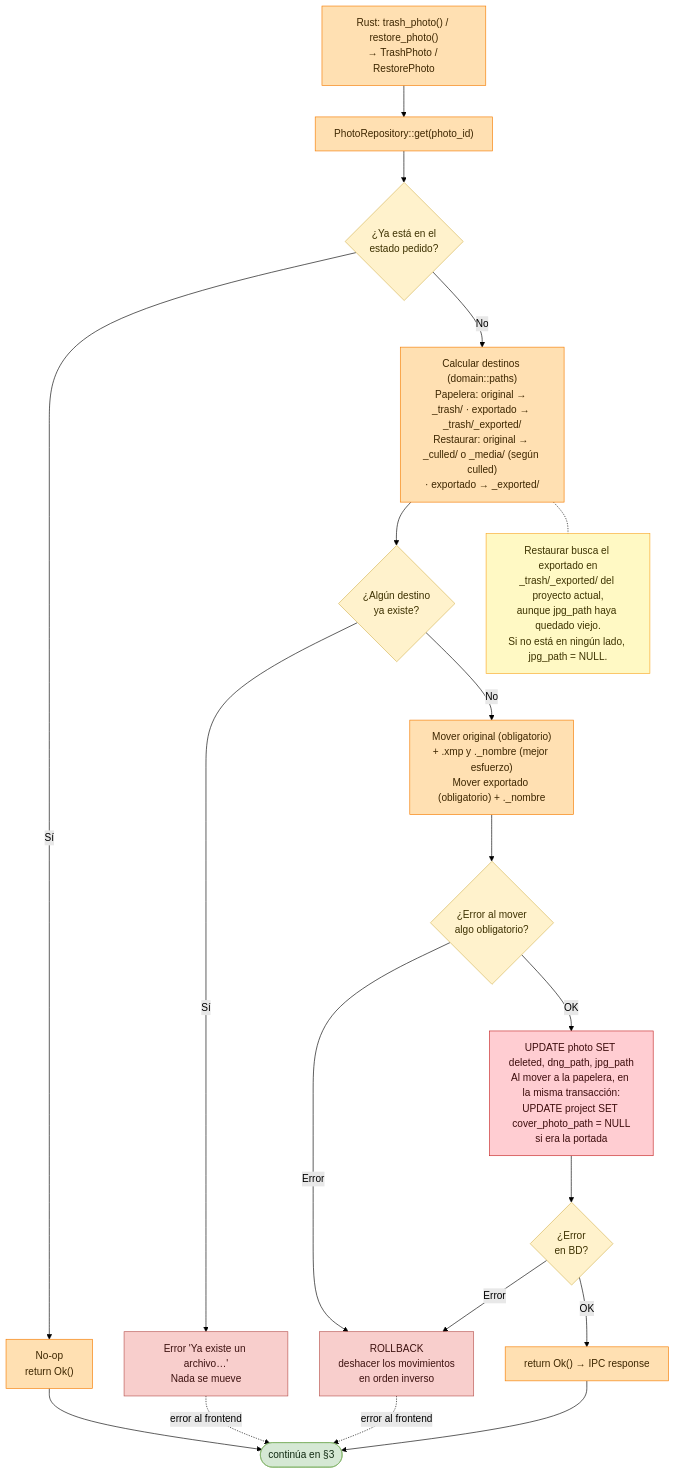
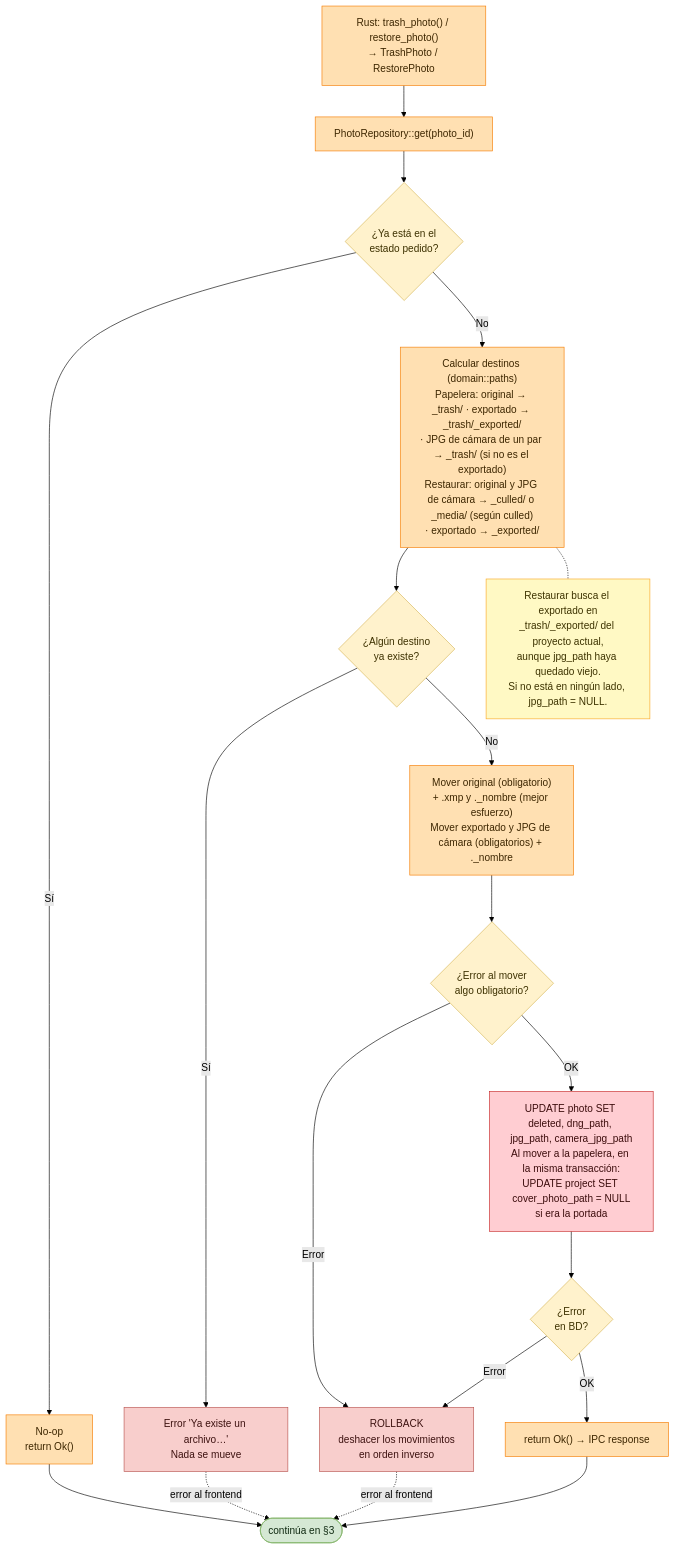
One commit to everitosan/lumik changed the third of 4 diagrams in docs/useCases/flujo-papelera-foto.md. Above: the diagram before and after it, drawn with Mermaid (forest theme). The commit also changed other lines of this file and 75 other files, not shown here.

First line of the commit message:
feat(desktop): pares RAW+JPEG y entrega del JPG de cámara

````diff
--- a/docs/useCases/flujo-papelera-foto.md
+++ b/docs/useCases/flujo-papelera-foto.md
@@ -69,45 +72,45 @@
 ```mermaid
 flowchart TD
     be["Rust: trash_photo() / restore_photo()<br/>→ TrashPhoto / RestorePhoto"]
     get_photo["PhotoRepository::get(photo_id)"]
     noop_q{"¿Ya está en el<br/>estado pedido?"}
     noop_ok["No-op<br/>return Ok()"]
-    paths["Calcular destinos (domain::paths)<br/>Papelera: original → _trash/ · exportado → _trash/_exported/<br/>Restaurar: original → _culled/ o _media/ (según culled)<br/>· exportado → _exported/"]
+    paths["Calcular destinos (domain::paths)<br/>Papelera: original → _trash/ · exportado → _trash/_exported/<br/>· JPG de cámara de un par → _trash/ (si no es el exportado)<br/>Restaurar: original y JPG de cámara → _culled/ o _media/ (según culled)<br/>· exportado → _exported/"]
     free_q{"¿Algún destino<br/>ya existe?"}
     conflict["Error 'Ya existe un archivo…'<br/>Nada se mueve"]
-    move["Mover original (obligatorio)<br/>+ .xmp y ._nombre (mejor esfuerzo)<br/>Mover exportado (obligatorio) + ._nombre"]
+    move["Mover original (obligatorio)<br/>+ .xmp y ._nombre (mejor esfuerzo)<br/>Mover exportado y JPG de cámara (obligatorios) + ._nombre"]
     move_q{"¿Error al mover<br/>algo obligatorio?"}
-    db_update["UPDATE photo SET deleted, dng_path, jpg_path<br/>Al mover a la papelera, en la misma transacción:<br/>UPDATE project SET cover_photo_path = NULL<br/>si era la portada"]
+    db_update["UPDATE photo SET deleted, dng_path, jpg_path, camera_jpg_path<br/>Al mover a la papelera, en la misma transacción:<br/>UPDATE project SET cover_photo_path = NULL<br/>si era la portada"]
     db_q{"¿Error<br/>en BD?"}
     rollback["ROLLBACK<br/>deshacer los movimientos<br/>en orden inverso"]
     ok["return Ok() → IPC response"]
     next(["continúa en §3"])
 
     n_exp["Restaurar busca el exportado en<br/>_trash/_exported/ del proyecto actual,<br/>aunque jpg_path haya quedado viejo.<br/>Si no está en ningún lado, jpg_path = NULL."]
 
     be --> get_photo --> noop_q
     noop_q -->|Sí| noop_ok --> next
     noop_q -->|No| paths --> free_q
     free_q -->|Sí| conflict
     free_q -->|No| move --> move_q
     move_q -->|Error| rollback
     move_q -->|OK| db_update --> db_q
     db_q -->|Error| rollback
     db_q -->|OK| ok --> next
     conflict -.->|error al frontend| next
     rollback -.->|error al frontend| next
     paths -.- n_exp
 
     classDef term fill:#d5e8d4,stroke:#82b366,color:#102a12
     classDef be fill:#ffe0b2,stroke:#f57c00,color:#3d2600
     classDef db fill:#ffcdd2,stroke:#c62828,color:#3d0d0d
     classDef dec fill:#fff2cc,stroke:#d6b656,color:#3d3100
     classDef err fill:#f8cecc,stroke:#b85450,color:#3d1210
     classDef note fill:#fff9c4,stroke:#f9a825,color:#3d3300
     class next term
     class be,get_photo,noop_ok,paths,move,ok be
     class db_update db
     class noop_q,free_q,move_q,db_q dec
     class conflict,rollback err
     class n_exp note
 ```
````
